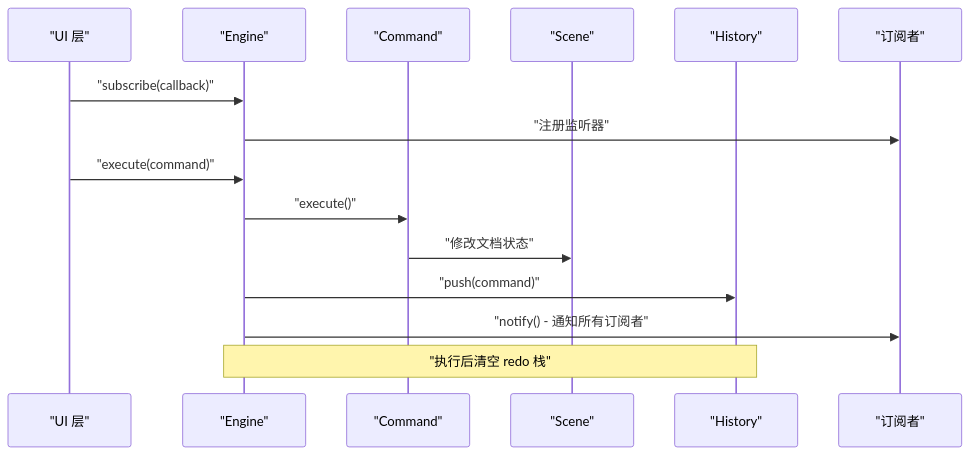
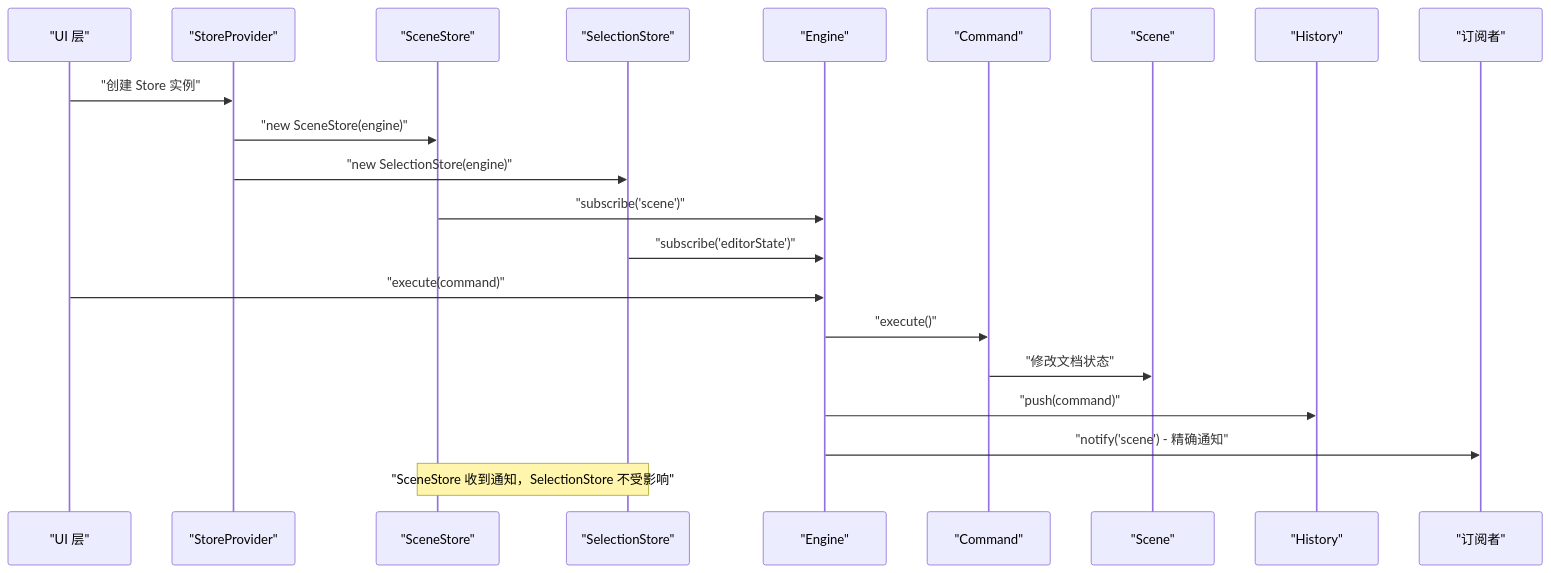
The second of 8 diagrams in .qoder/repowiki/zh/content/引擎系统/引擎系统.md (Anna0314zy/ai_editor_enginer), drawn with Mermaid before and after one commit. The commit also changed other lines of this file and 17 other files, not shown here.

````diff
--- a/.qoder/repowiki/zh/content/引擎系统/引擎系统.md
+++ b/.qoder/repowiki/zh/content/引擎系统/引擎系统.md
@@ -141,17 +206,23 @@
 ```mermaid
 sequenceDiagram
 participant UI as "UI 层"
+participant StoreProvider as "StoreProvider"
+participant SceneStore as "SceneStore"
+participant SelectionStore as "SelectionStore"
 participant Engine as "Engine"
 participant Cmd as "Command"
 participant Scene as "Scene"
 participant Hist as "History"
 participant Subscribers as "订阅者"
-UI->>Engine : "subscribe(callback)"
-Engine->>Subscribers : "注册监听器"
+UI->>StoreProvider : "创建 Store 实例"
+StoreProvider->>SceneStore : "new SceneStore(engine)"
+StoreProvider->>SelectionStore : "new SelectionStore(engine)"
+SceneStore->>Engine : "subscribe('scene')"
+SelectionStore->>Engine : "subscribe('editorState')"
 UI->>Engine : "execute(command)"
 Engine->>Cmd : "execute()"
 Cmd->>Scene : "修改文档状态"
 Engine->>Hist : "push(command)"
-Engine->>Subscribers : "notify() - 通知所有订阅者"
-Note over Engine,Hist : "执行后清空 redo 栈"
+Engine->>Subscribers : "notify('scene') - 精确通知"
+Note over SceneStore,SelectionStore : "SceneStore 收到通知，SelectionStore 不受影响"
 ```
````
